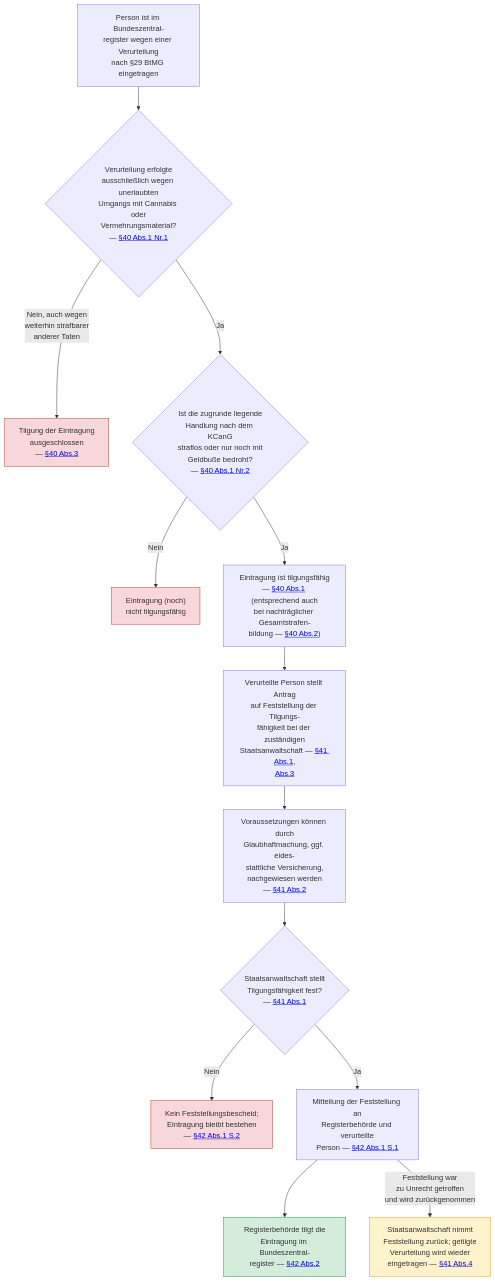
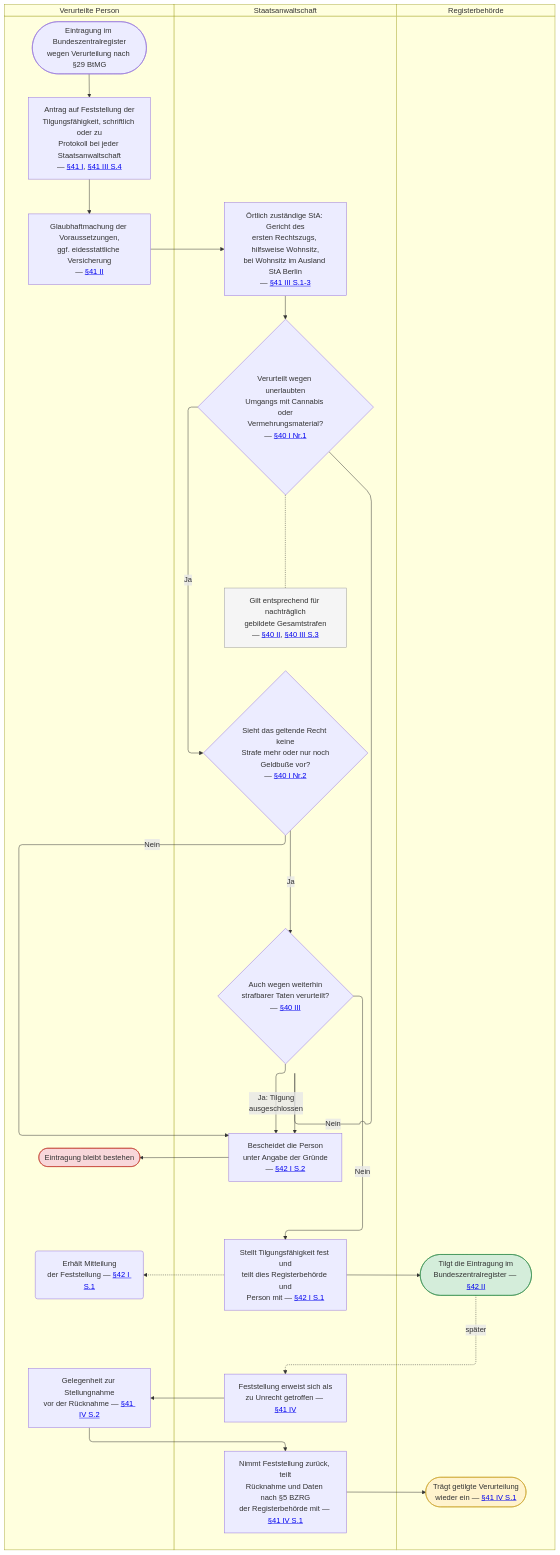
One commit to digitalservicebund/zfl-website changed the diagram in src/content/ki-visualisierungen/KCanG/tilgungsverfahren.mmd. Above: the diagram before and after it, drawn with Mermaid. The commit also changed 4 other files, not shown here.

```diff
--- a/src/content/ki-visualisierungen/KCanG/tilgungsverfahren.mmd
+++ b/src/content/ki-visualisierungen/KCanG/tilgungsverfahren.mmd
@@ -1,33 +1,53 @@
 ---
-summary: "Zeigt das Verfahren zur Tilgung früherer cannabisbezogener Verurteilungen im Bundeszentralregister nach dem KCanG, vom Antrag bei der Staatsanwaltschaft bis zur Löschung durch die Registerbehörde."
+summary: "Zeigt das Verfahren zur Tilgung früherer cannabisbezogener Verurteilungen im Bundeszentralregister nach dem KCanG: Antrag der verurteilten Person, Prüfung und Feststellung der Tilgungsfähigkeit durch die Staatsanwaltschaft und Tilgung durch die Registerbehörde, einschließlich einer möglichen Rücknahme."
 ---
-flowchart TD
-    Start["Person ist im Bundeszentral-<br/>register wegen einer Verurteilung<br/>nach §29 BtMG eingetragen"] --> Q1{"Verurteilung erfolgte<br/>ausschließlich wegen unerlaubten<br/>Umgangs mit Cannabis oder<br/>Vermehrungsmaterial?<br/>— <a href='{{ELI}}#art-z40_abs-z1' target='_blank' rel='noopener'>§40 Abs.1 Nr.1</a>"}
+swimlane-beta TD
+    subgraph VP["Verurteilte Person"]
+        start(["Eintragung im Bundeszentralregister<br/>wegen Verurteilung nach §29 BtMG"])
+        antrag["Antrag auf Feststellung der<br/>Tilgungsfähigkeit, schriftlich oder zu<br/>Protokoll bei jeder Staatsanwaltschaft<br/>— <a href='{{ELI}}#art-z41_abs-z1' target='_blank' rel='noopener'>§41 I</a>, <a href='{{ELI}}#art-z41_abs-z3' target='_blank' rel='noopener'>§41 III S.4</a>"]
+        glaubhaft["Glaubhaftmachung der Voraussetzungen,<br/>ggf. eidesstattliche Versicherung<br/>— <a href='{{ELI}}#art-z41_abs-z2' target='_blank' rel='noopener'>§41 II</a>"]
+        bleibt(["Eintragung bleibt bestehen"])
+        mitteilungErhalten("Erhält Mitteilung<br/>der Feststellung — <a href='{{ELI}}#art-z42_abs-z1' target='_blank' rel='noopener'>§42 I S.1</a>")
+        stellungnahme["Gelegenheit zur Stellungnahme<br/>vor der Rücknahme — <a href='{{ELI}}#art-z41_abs-z4' target='_blank' rel='noopener'>§41 IV S.2</a>"]
+    end
 
-    Q1 -->|"Nein, auch wegen<br/>weiterhin strafbarer<br/>anderer Taten"| AUSSCHLUSS["Tilgung der Eintragung<br/>ausgeschlossen<br/>— <a href='{{ELI}}#art-z40_abs-z3' target='_blank' rel='noopener'>§40 Abs.3</a>"]
+    subgraph StA["Staatsanwaltschaft"]
+        zustaendig["Örtlich zuständige StA: Gericht des<br/>ersten Rechtszugs, hilfsweise Wohnsitz,<br/>bei Wohnsitz im Ausland StA Berlin<br/>— <a href='{{ELI}}#art-z41_abs-z3' target='_blank' rel='noopener'>§41 III S.1-3</a>"]
+        q1{"Verurteilt wegen unerlaubten<br/>Umgangs mit Cannabis oder<br/>Vermehrungsmaterial?<br/>— <a href='{{ELI}}#art-z40_abs-z1' target='_blank' rel='noopener'>§40 I Nr.1</a>"}
+        q2{"Sieht das geltende Recht keine<br/>Strafe mehr oder nur noch<br/>Geldbuße vor?<br/>— <a href='{{ELI}}#art-z40_abs-z1' target='_blank' rel='noopener'>§40 I Nr.2</a>"}
+        q3{"Auch wegen weiterhin<br/>strafbarer Taten verurteilt?<br/>— <a href='{{ELI}}#art-z40_abs-z3' target='_blank' rel='noopener'>§40 III</a>"}
+        hinweisGesamt["Gilt entsprechend für nachträglich<br/>gebildete Gesamtstrafen<br/>— <a href='{{ELI}}#art-z40_abs-z2' target='_blank' rel='noopener'>§40 II</a>, <a href='{{ELI}}#art-z40_abs-z3' target='_blank' rel='noopener'>§40 III S.3</a>"]
+        ablehnung["Bescheidet die Person<br/>unter Angabe der Gründe<br/>— <a href='{{ELI}}#art-z42_abs-z1' target='_blank' rel='noopener'>§42 I S.2</a>"]
+        feststellung["Stellt Tilgungsfähigkeit fest und<br/>teilt dies Registerbehörde und<br/>Person mit — <a href='{{ELI}}#art-z42_abs-z1' target='_blank' rel='noopener'>§42 I S.1</a>"]
+        pruefRuecknahme["Feststellung erweist sich als<br/>zu Unrecht getroffen — <a href='{{ELI}}#art-z41_abs-z4' target='_blank' rel='noopener'>§41 IV</a>"]
+        ruecknahme["Nimmt Feststellung zurück, teilt<br/>Rücknahme und Daten nach §5 BZRG<br/>der Registerbehörde mit — <a href='{{ELI}}#art-z41_abs-z4' target='_blank' rel='noopener'>§41 IV S.1</a>"]
+    end
 
-    Q1 -->|Ja| Q2{"Ist die zugrunde liegende<br/>Handlung nach dem KCanG<br/>straflos oder nur noch mit<br/>Geldbuße bedroht?<br/>— <a href='{{ELI}}#art-z40_abs-z1' target='_blank' rel='noopener'>§40 Abs.1 Nr.2</a>"}
+    subgraph RB["Registerbehörde"]
+        tilgung(["Tilgt die Eintragung im<br/>Bundeszentralregister — <a href='{{ELI}}#art-z42_abs-z2' target='_blank' rel='noopener'>§42 II</a>"])
+        wiedereintragung(["Trägt getilgte Verurteilung<br/>wieder ein — <a href='{{ELI}}#art-z41_abs-z4' target='_blank' rel='noopener'>§41 IV S.1</a>"])
+    end
 
-    Q2 -->|Nein| KEINE_TILGUNG["Eintragung (noch)<br/>nicht tilgungsfähig"]
+    start --> antrag
+    antrag --> glaubhaft
+    glaubhaft --> zustaendig
+    zustaendig --> q1
+    q1 -.- hinweisGesamt
+    q1 -->|Nein| ablehnung
+    q1 -->|Ja| q2
+    q2 -->|Nein| ablehnung
+    q2 -->|Ja| q3
+    q3 -->|"Ja: Tilgung<br/>ausgeschlossen"| ablehnung
+    q3 -->|Nein| feststellung
+    ablehnung --> bleibt
+    feststellung --> tilgung
+    feststellung -.-> mitteilungErhalten
+    tilgung -.->|"später"| pruefRuecknahme
+    pruefRuecknahme --> stellungnahme
+    stellungnahme --> ruecknahme
+    ruecknahme --> wiedereintragung
 
-    Q2 -->|Ja| TILGUNGSFAEHIG["Eintragung ist tilgungsfähig<br/>— <a href='{{ELI}}#art-z40_abs-z1' target='_blank' rel='noopener'>§40 Abs.1</a> (entsprechend auch<br/>bei nachträglicher Gesamtstrafen-<br/>bildung — <a href='{{ELI}}#art-z40_abs-z2' target='_blank' rel='noopener'>§40 Abs.2</a>)"]
-
-    TILGUNGSFAEHIG --> ANTRAG["Verurteilte Person stellt Antrag<br/>auf Feststellung der Tilgungs-<br/>fähigkeit bei der zuständigen<br/>Staatsanwaltschaft — <a href='{{ELI}}#art-z41_abs-z1' target='_blank' rel='noopener'>§41 Abs.1</a>,<br/><a href='{{ELI}}#art-z41_abs-z3' target='_blank' rel='noopener'>Abs.3</a>"]
-
-    ANTRAG --> GLAUBHAFT["Voraussetzungen können durch<br/>Glaubhaftmachung, ggf. eides-<br/>stattliche Versicherung,<br/>nachgewiesen werden<br/>— <a href='{{ELI}}#art-z41_abs-z2' target='_blank' rel='noopener'>§41 Abs.2</a>"]
-
-    GLAUBHAFT --> Q3{"Staatsanwaltschaft stellt<br/>Tilgungsfähigkeit fest?<br/>— <a href='{{ELI}}#art-z41_abs-z1' target='_blank' rel='noopener'>§41 Abs.1</a>"}
-
-    Q3 -->|Nein| ABLEHNUNG["Kein Feststellungsbescheid;<br/>Eintragung bleibt bestehen<br/>— <a href='{{ELI}}#art-z42_abs-z1' target='_blank' rel='noopener'>§42 Abs.1 S.2</a>"]
-
-    Q3 -->|Ja| MITTEILUNG["Mitteilung der Feststellung an<br/>Registerbehörde und verurteilte<br/>Person — <a href='{{ELI}}#art-z42_abs-z1' target='_blank' rel='noopener'>§42 Abs.1 S.1</a>"]
-
-    MITTEILUNG --> TILGUNG["Registerbehörde tilgt die<br/>Eintragung im Bundeszentral-<br/>register — <a href='{{ELI}}#art-z42_abs-z2' target='_blank' rel='noopener'>§42 Abs.2</a>"]
-
-    MITTEILUNG -->|"Feststellung war<br/>zu Unrecht getroffen<br/>und wird zurückgenommen"| WIEDEREINTRAGUNG["Staatsanwaltschaft nimmt<br/>Feststellung zurück; getilgte<br/>Verurteilung wird wieder<br/>eingetragen — <a href='{{ELI}}#art-z41_abs-z4' target='_blank' rel='noopener'>§41 Abs.4</a>"]
-
-    style TILGUNG fill:#d4edda,stroke:#2d8a4a
-    style AUSSCHLUSS fill:#f8d7da,stroke:#c0392b
-    style KEINE_TILGUNG fill:#f8d7da,stroke:#c0392b
-    style ABLEHNUNG fill:#f8d7da,stroke:#c0392b
-    style WIEDEREINTRAGUNG fill:#fff3cd,stroke:#c9a227
+    style tilgung fill:#d4edda,stroke:#2d8a4a
+    style bleibt fill:#f8d7da,stroke:#c0392b
+    style wiedereintragung fill:#fff3cd,stroke:#c9a227
+    style hinweisGesamt fill:#f5f5f5,stroke:#999
```
